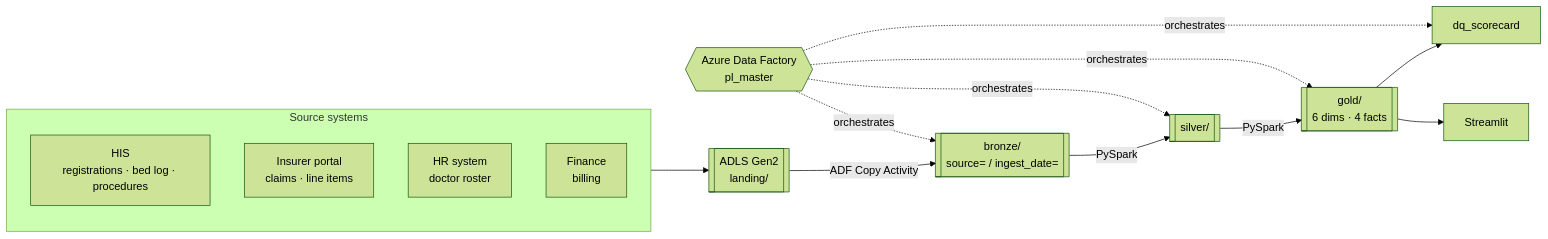
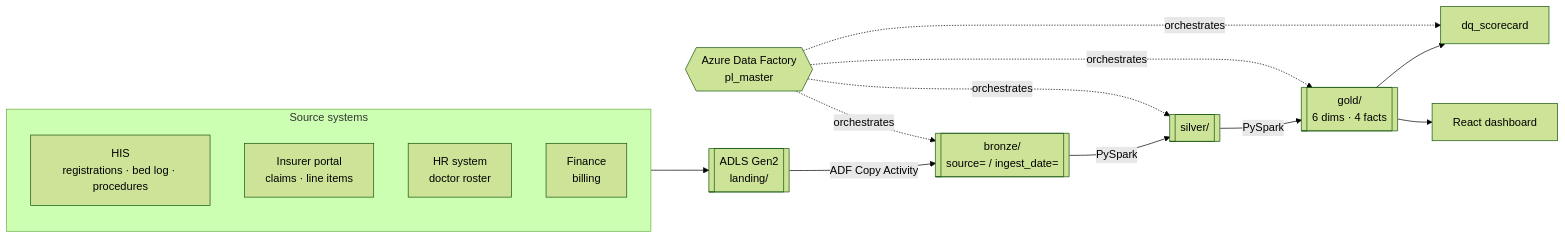
Before and after one commit to CloutKart/medchain-lakehouse: the diagram in README.md, drawn with Mermaid (forest theme). The commit also changed other lines of this file and 9 other files, not shown here.

````diff
--- a/README.md
+++ b/README.md
@@ -61,18 +61,18 @@
 ```mermaid
 flowchart LR
   subgraph SRC["Source systems"]
     HIS["HIS<br/>registrations · bed log · procedures"]
     INS["Insurer portal<br/>claims · line items"]
     HR["HR system<br/>doctor roster"]
     FIN["Finance<br/>billing"]
   end
 
   SRC --> LAND[["ADLS Gen2<br/>landing/"]]
   LAND -->|ADF Copy Activity| BRZ[["bronze/<br/>source= / ingest_date="]]
   BRZ -->|PySpark| SLV[["silver/"]]
   SLV -->|PySpark| GLD[["gold/<br/>6 dims · 4 facts"]]
   GLD --> DQ["dq_scorecard"]
-  GLD --> ST["Streamlit"]
+  GLD --> ST["React dashboard"]
 
   ADF{{"Azure Data Factory<br/>pl_master"}} -.orchestrates.-> BRZ & SLV & GLD & DQ
 ```
````
